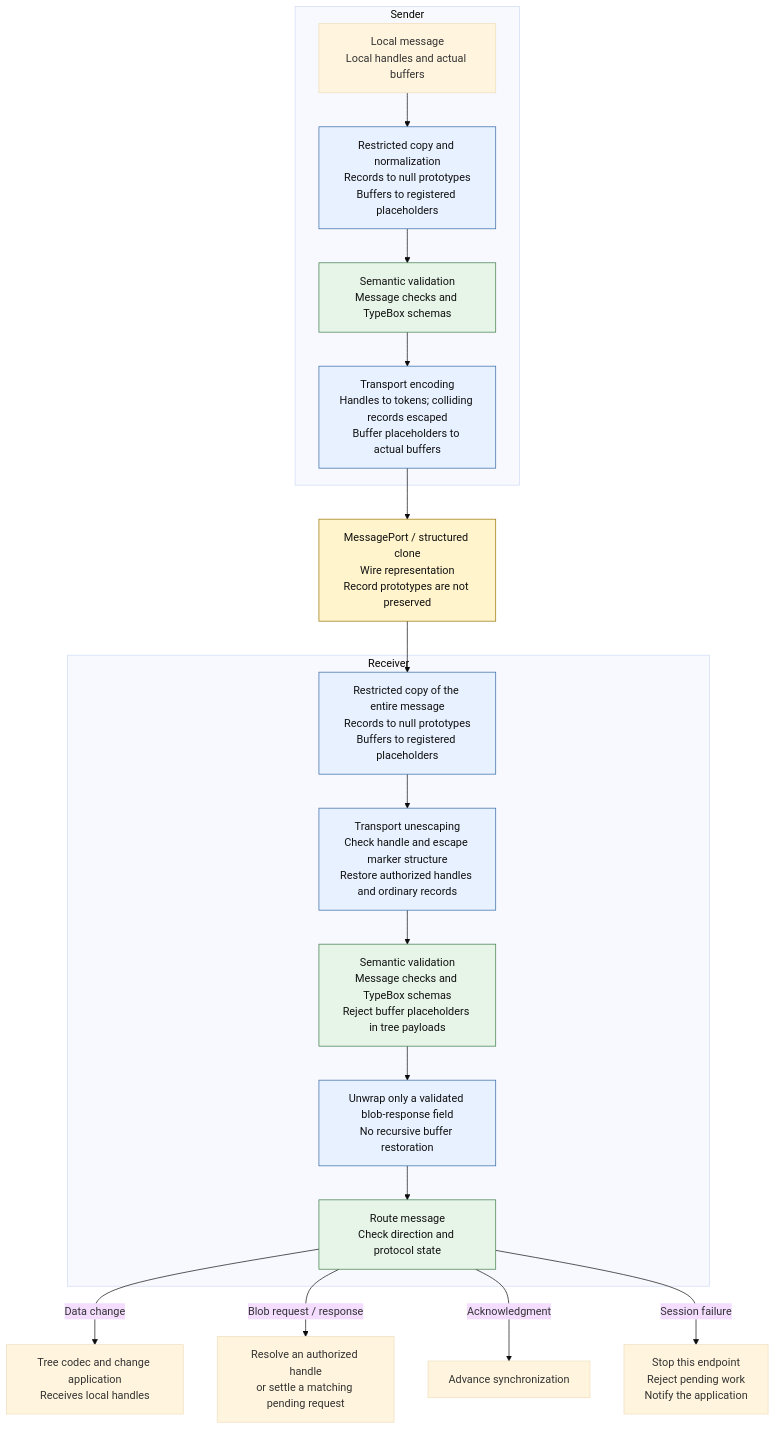
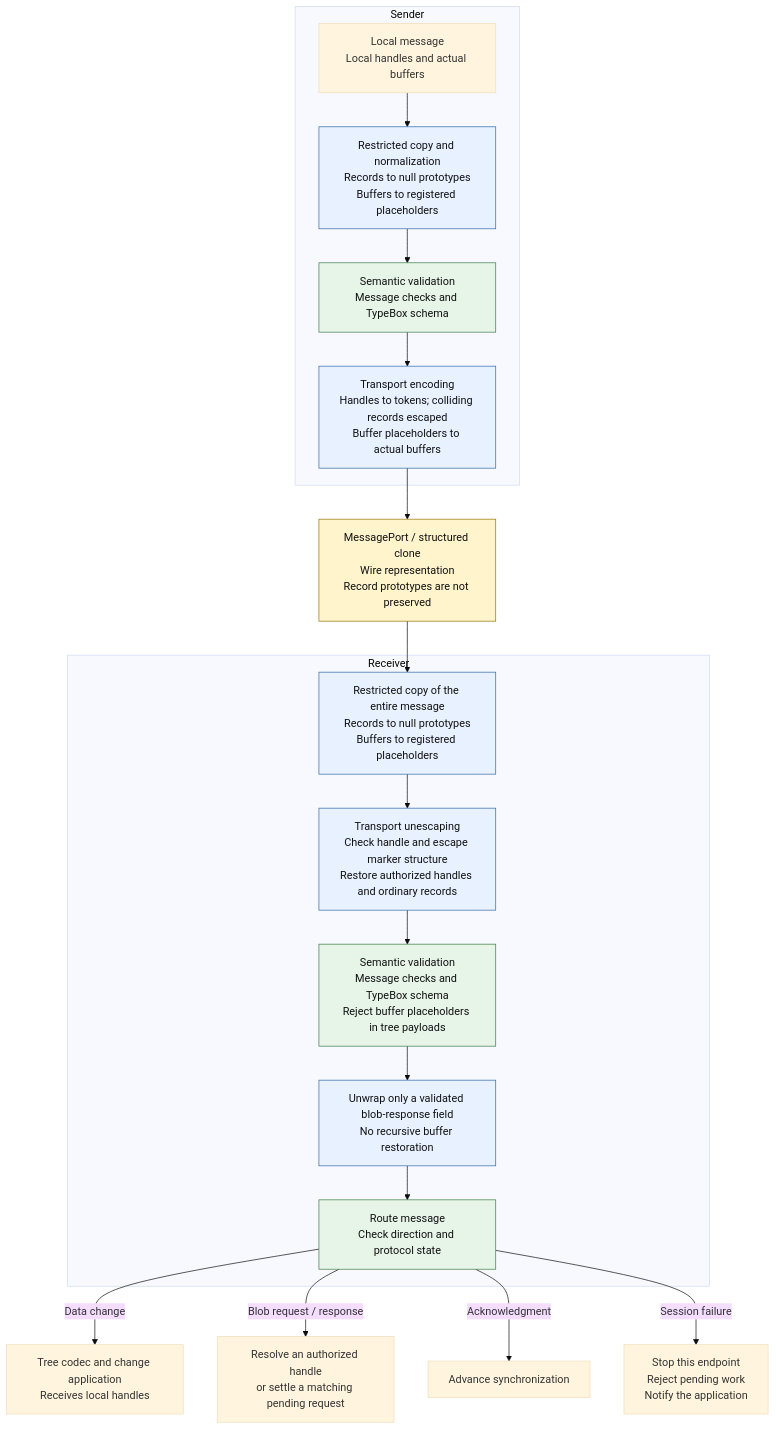
The second of 2 diagrams in packages/dds/tree/src/test/shared-tree/sandboxing/sandboxing.md (microsoft/FluidFramework), drawn with Mermaid (base theme) before and after one commit. The commit also changed other lines of this file and 49 other files, not shown here.

Commit message:
docs: Update spelling from "schemas" to "schema" in docs

````diff
--- a/packages/dds/tree/src/test/shared-tree/sandboxing/sandboxing.md
+++ b/packages/dds/tree/src/test/shared-tree/sandboxing/sandboxing.md
@@ -112,35 +112,35 @@
 ```mermaid
 flowchart TB
     subgraph Sending["Sender"]
         S["Local message<br/>Local handles and actual buffers"]
         N["Restricted copy and normalization<br/>Records to null prototypes<br/>Buffers to registered placeholders"]
-        V["Semantic validation<br/>Message checks and TypeBox schemas"]
+        V["Semantic validation<br/>Message checks and TypeBox schema"]
         E["Transport encoding<br/>Handles to tokens; colliding records escaped<br/>Buffer placeholders to actual buffers"]
         S --> N --> V --> E
     end
 
     W["MessagePort / structured clone<br/>Wire representation<br/>Record prototypes are not preserved"]
     E --> W
 
     subgraph Receiving["Receiver"]
         C["Restricted copy of the entire message<br/>Records to null prototypes<br/>Buffers to registered placeholders"]
         U["Transport unescaping<br/>Check handle and escape marker structure<br/>Restore authorized handles and ordinary records"]
-        Q["Semantic validation<br/>Message checks and TypeBox schemas<br/>Reject buffer placeholders in tree payloads"]
+        Q["Semantic validation<br/>Message checks and TypeBox schema<br/>Reject buffer placeholders in tree payloads"]
         B["Unwrap only a validated blob-response field<br/>No recursive buffer restoration"]
         R["Route message<br/>Check direction and protocol state"]
         C --> U --> Q --> B --> R
     end
 
     W --> C
     R -->|"Data change"| T["Tree codec and change application<br/>Receives local handles"]
     R -->|"Blob request / response"| A["Resolve an authorized handle<br/>or settle a matching pending request"]
     R -->|"Acknowledgment"| K["Advance synchronization"]
     R -->|"Session failure"| X["Stop this endpoint<br/>Reject pending work<br/>Notify the application"]
 
     classDef conversion fill:#e8f1ff,stroke:#3166a3,color:#111;
     classDef validation fill:#e7f4e8,stroke:#397a42,color:#111;
     classDef boundary fill:#fff4cc,stroke:#967000,color:#111;
     class N,E,C,U,B conversion;
     class V,Q,R validation;
     class W boundary;
 ```
````
